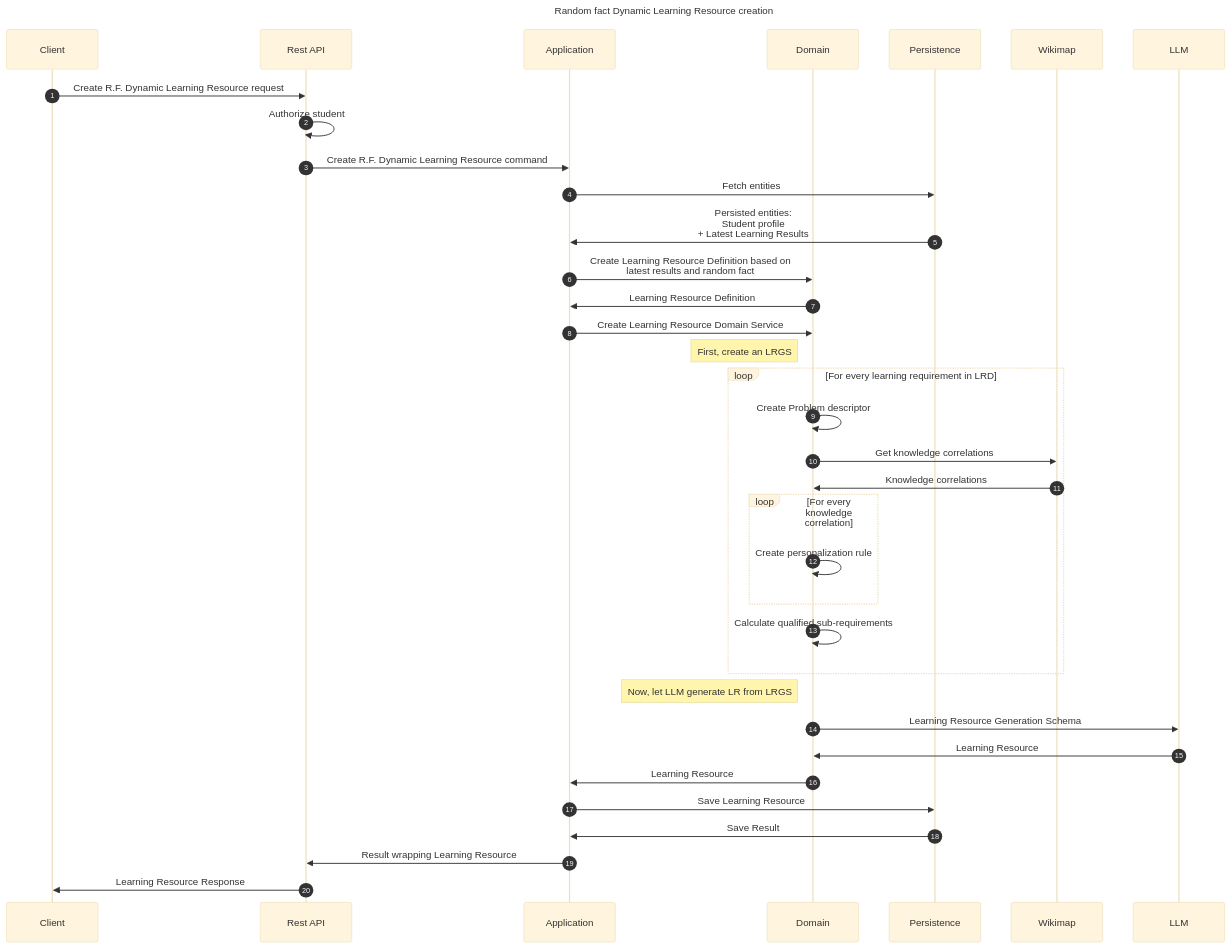
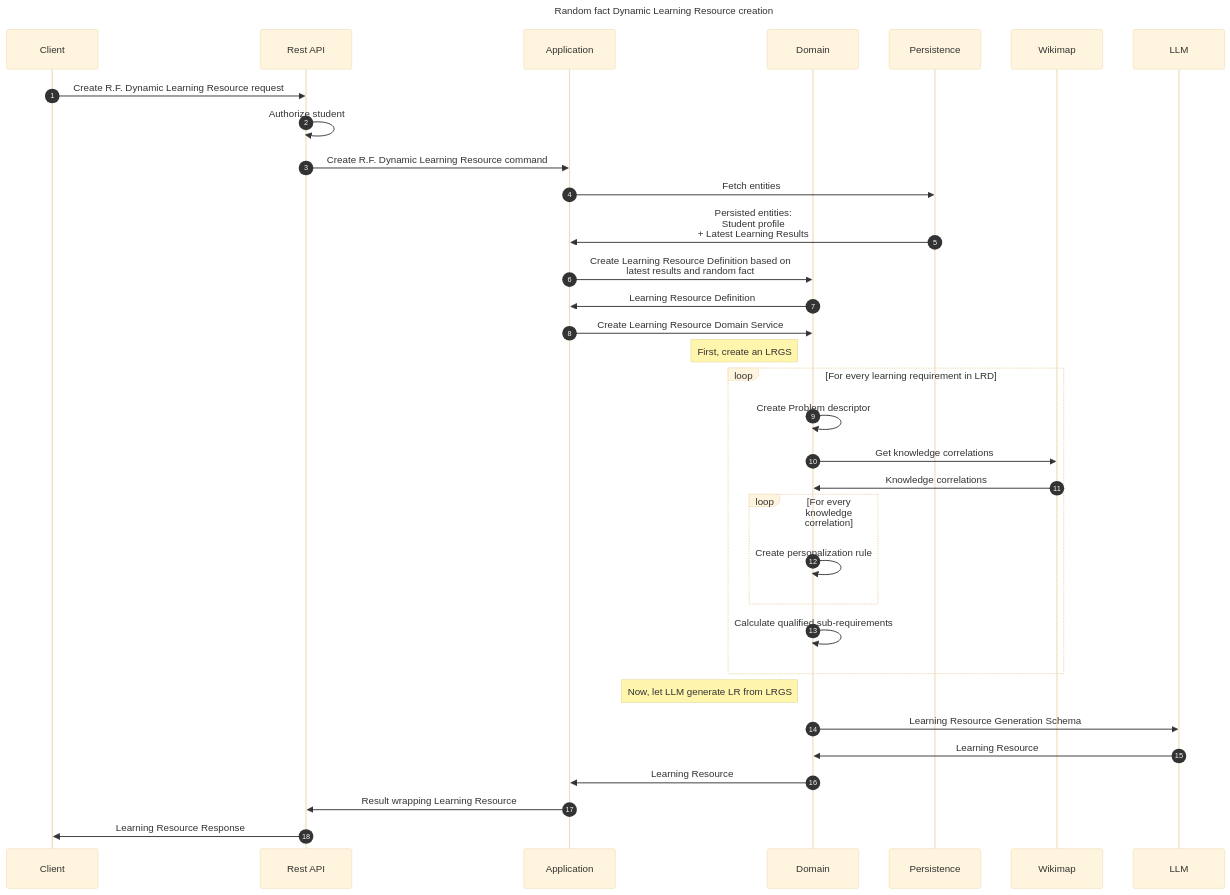
Before and after one commit to EdutieProject/edutie-backend: the diagram in docs/edutie/flows/learning/learningresource/CreateRandomFactDynamicLearningResource.md, drawn with Mermaid (base theme).

Commit message:
Doc dev doc dev doc adjustments

````diff
--- a/docs/edutie/flows/learning/learningresource/CreateRandomFactDynamicLearningResource.md
+++ b/docs/edutie/flows/learning/learningresource/CreateRandomFactDynamicLearningResource.md
@@ -11,41 +11,39 @@
 ```mermaid
 ---
 title: Random fact Dynamic Learning Resource creation
 ---
 sequenceDiagram
     participant Client
     participant Rest API
     participant Application
     participant Domain
     participant Persistence
     participant Wikimap
     participant LLM
     autonumber
     Client ->> Rest API: Create R.F. Dynamic Learning Resource request
     Rest API ->> Rest API: Authorize student
     Rest API ->> Application: Create R.F. Dynamic Learning Resource command
     Application ->> Persistence: Fetch entities
     Persistence ->> Application: Persisted entities:<br/>Student profile<br/>+ Latest Learning Results
     Application ->> Domain: Create Learning Resource Definition based on<br/>latest results and random fact
     Domain ->> Application: Learning Resource Definition
     Application ->> Domain: Create Learning Resource Domain Service
     note left of Domain: First, create an LRGS
     loop For every learning requirement in LRD
         Domain ->> Domain: Create Problem descriptor
         Domain ->> Wikimap: Get knowledge correlations
         Wikimap ->> Domain: Knowledge correlations
         loop For every knowledge correlation
             Domain ->> Domain: Create personalization rule
         end
         Domain ->> Domain: Calculate qualified sub-requirements
     end
     note left of Domain: Now, let LLM generate LR from LRGS
     Domain ->> LLM: Learning Resource Generation Schema
     LLM ->> Domain: Learning Resource
     Domain ->> Application: Learning Resource
-    Application ->> Persistence: Save Learning Resource
-    Persistence ->> Application: Save Result
     Application ->> Rest API: Result wrapping Learning Resource
     Rest API ->> Client: Learning Resource Response
 
 ```
````
